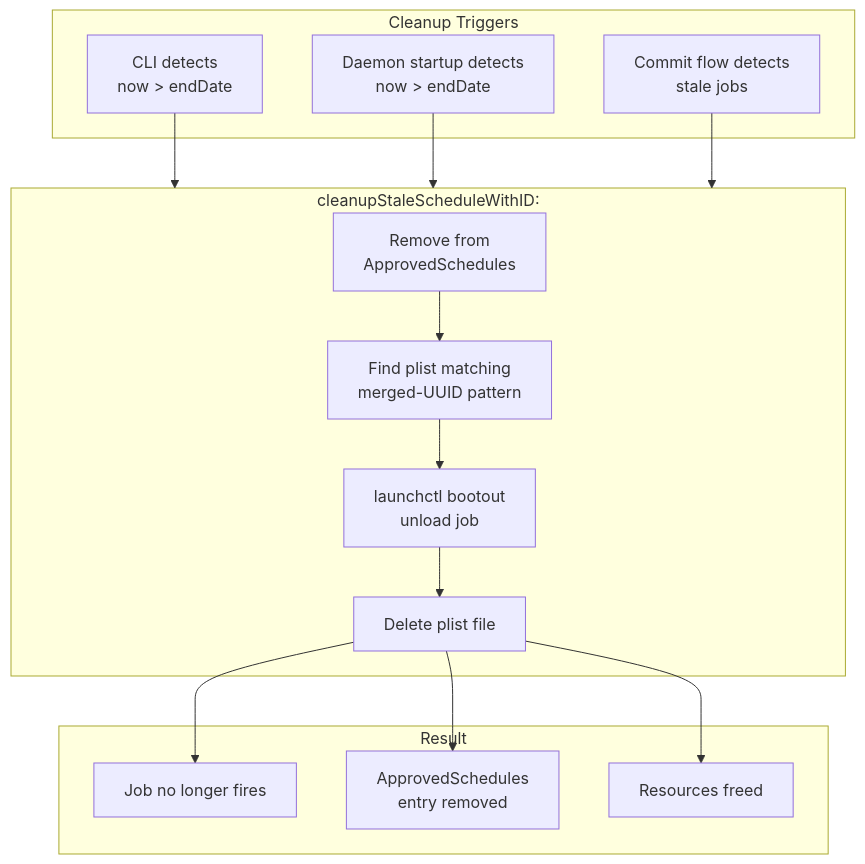
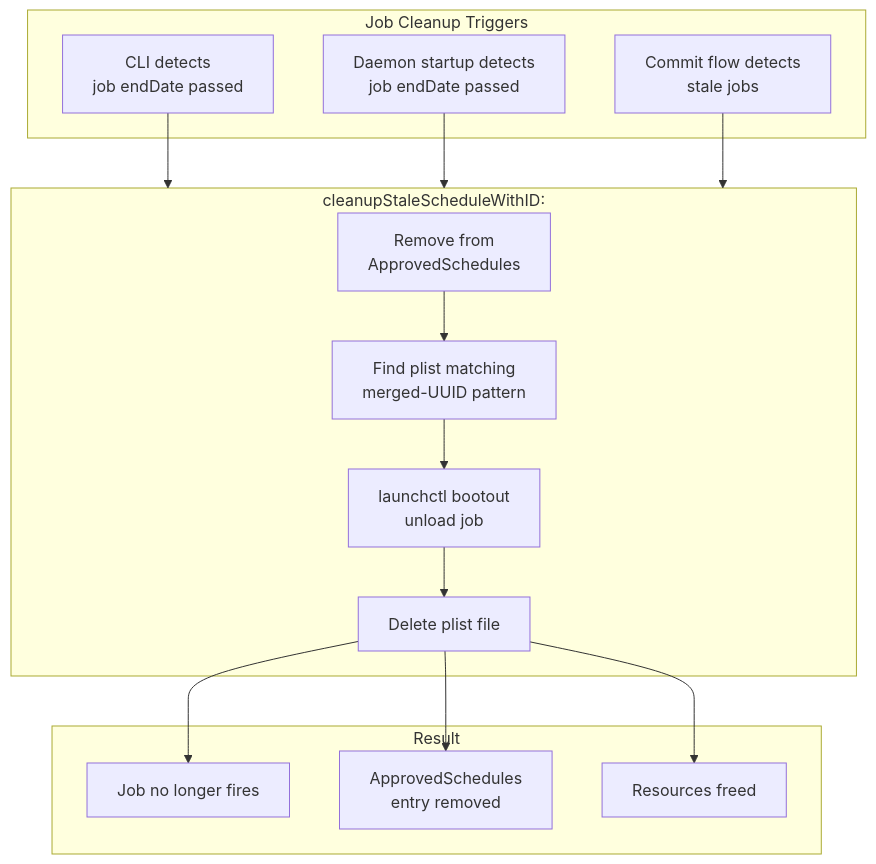
One commit to bodhibyte/fence changed the fourth of 7 diagrams in docs/SCHEDULE_JOB_LIFECYCLE.md. Above: the diagram before and after it, drawn with Mermaid. The commit also changed other lines of this file and 7 other files, not shown here.

````diff
--- a/docs/SCHEDULE_JOB_LIFECYCLE.md
+++ b/docs/SCHEDULE_JOB_LIFECYCLE.md
@@ -146,32 +157,32 @@
 ```mermaid
 flowchart TB
-    subgraph Triggers["Cleanup Triggers"]
-        T1[CLI detects<br/>now > endDate]
-        T2[Daemon startup detects<br/>now > endDate]
+    subgraph Triggers["Job Cleanup Triggers"]
+        T1[CLI detects<br/>job endDate passed]
+        T2[Daemon startup detects<br/>job endDate passed]
         T3[Commit flow detects<br/>stale jobs]
     end
 
     subgraph Cleanup["cleanupStaleScheduleWithID:"]
         C1[Remove from<br/>ApprovedSchedules]
         C2[Find plist matching<br/>merged-UUID pattern]
         C3[launchctl bootout<br/>unload job]
         C4[Delete plist file]
     end
 
     subgraph Result["Result"]
         R1[Job no longer fires]
         R2[ApprovedSchedules<br/>entry removed]
         R3[Resources freed]
     end
 
     T1 --> Cleanup
     T2 --> Cleanup
     T3 --> Cleanup
 
     C1 --> C2
     C2 --> C3
     C3 --> C4
     C4 --> R1
     C4 --> R2
     C4 --> R3
 ```
````
